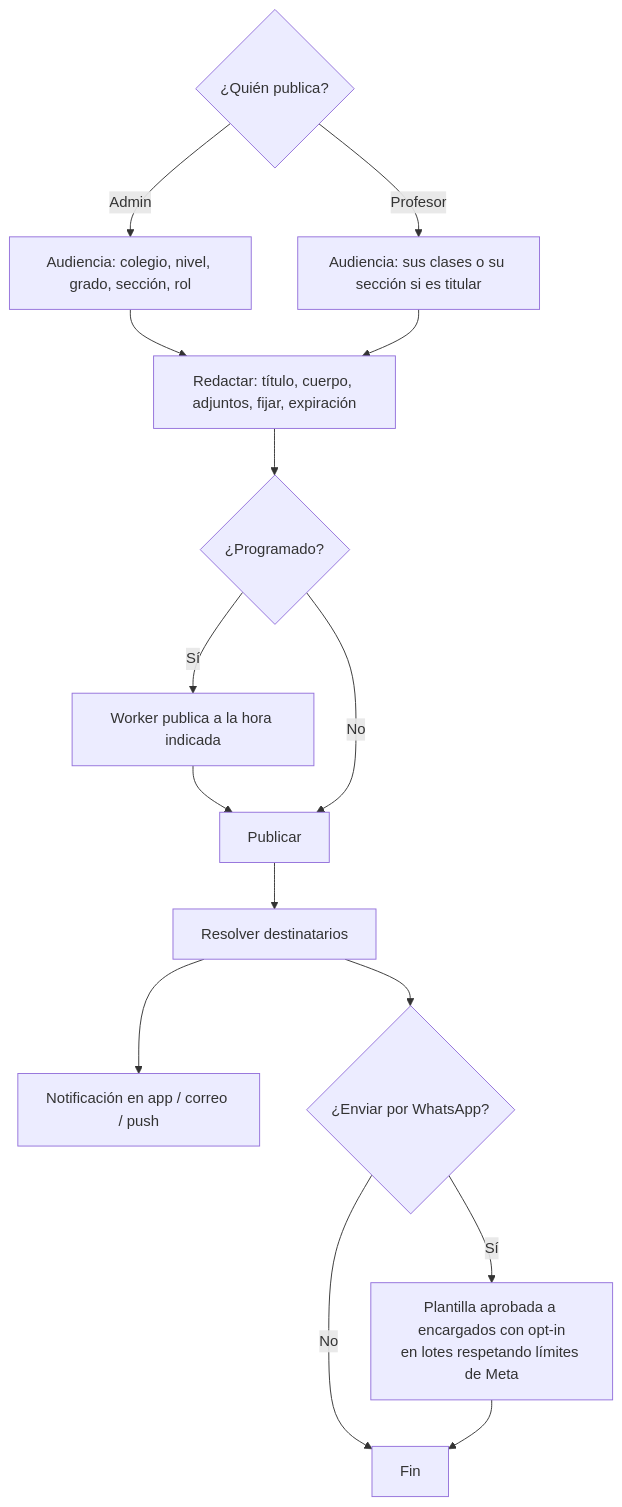
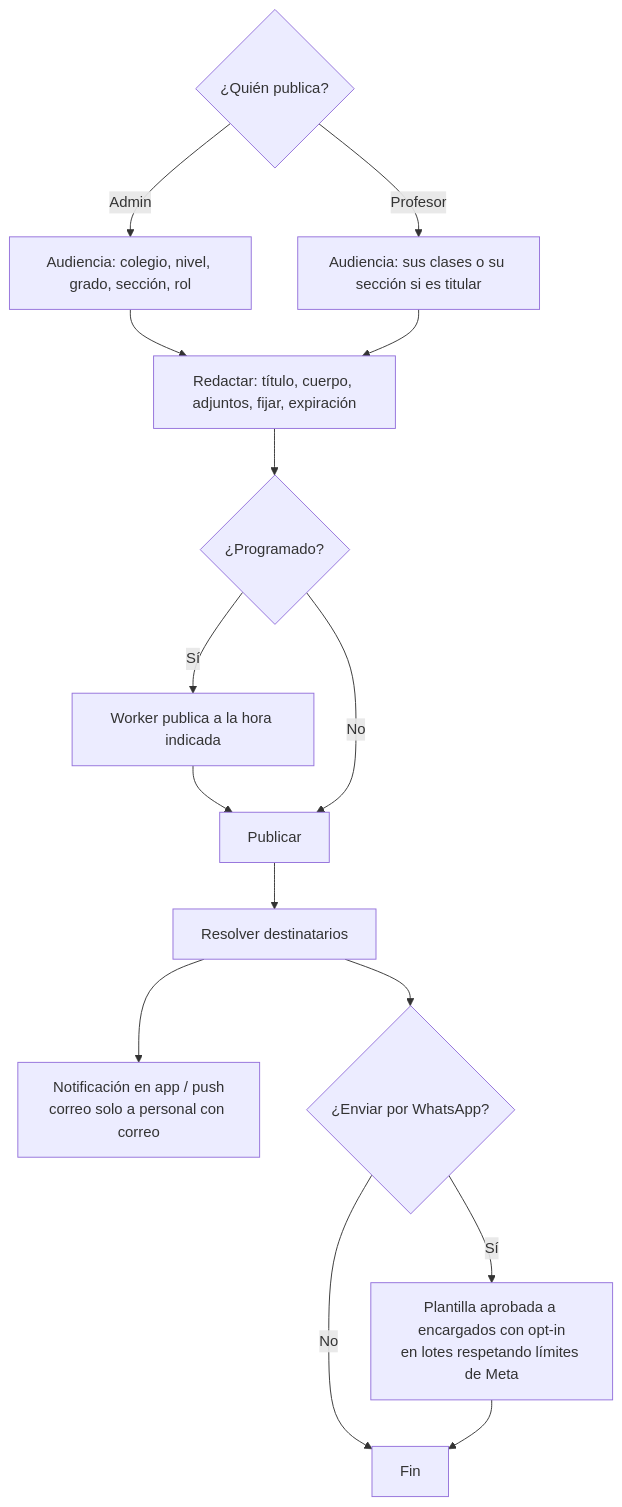
Before and after one commit to PabloReyes1/RexaEdu: the sixth of 10 diagrams in docs/07-flujos.md, drawn with Mermaid. The commit also changed other lines of this file and 11 other files, not shown here.

````diff
--- a/docs/07-flujos.md
+++ b/docs/07-flujos.md
@@ -121,16 +121,16 @@
 ```mermaid
 flowchart TD
     A{¿Quién publica?} -- Admin --> B[Audiencia: colegio, nivel, grado, sección, rol]
     A -- Profesor --> C[Audiencia: sus clases o su sección si es titular]
     B --> D[Redactar: título, cuerpo, adjuntos, fijar, expiración]
     C --> D
     D --> E{¿Programado?}
     E -- Sí --> E1[Worker publica a la hora indicada] --> F
     E -- No --> F[Publicar]
     F --> G[Resolver destinatarios]
-    G --> H[Notificación en app / correo / push]
+    G --> H[Notificación en app / push<br/>correo solo a personal con correo]
     G --> I{¿Enviar por WhatsApp?}
     I -- Sí --> J[Plantilla aprobada a encargados con opt-in<br/>en lotes respetando límites de Meta]
     I -- No --> K[Fin]
     J --> K
 ```
````
